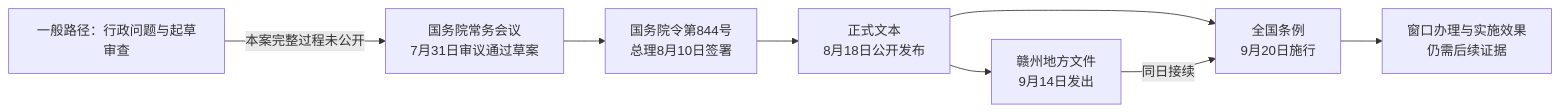
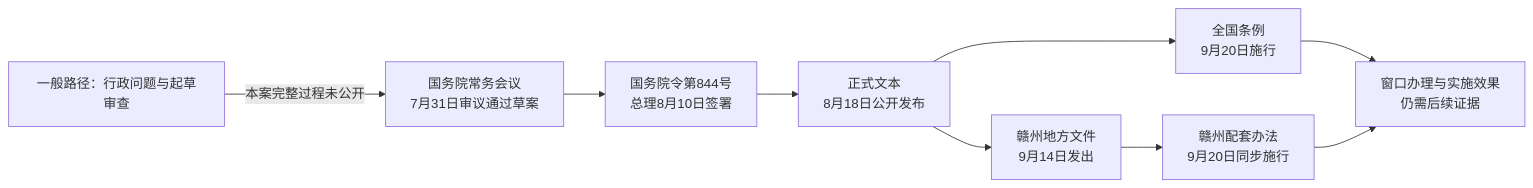
The diagram in 书稿/第05章-国务院怎样处理日常行政.md (S150101132/how-chinese-politics-works), drawn with Mermaid before and after one commit. The commit also changed 155 other files, not shown here.

````diff
--- a/书稿/第05章-国务院怎样处理日常行政.md
+++ b/书稿/第05章-国务院怎样处理日常行政.md
@@ -92,10 +92,11 @@
 ```mermaid
 flowchart LR
     A[一般路径：行政问题与起草审查] -->|本案完整过程未公开| B[国务院常务会议<br/>7月31日审议通过草案]
     B --> C[国务院令第844号<br/>总理8月10日签署]
     C --> D[正式文本<br/>8月18日公开发布]
     D --> E[赣州地方文件<br/>9月14日发出]
     D --> F[全国条例<br/>9月20日施行]
-    E -->|同日接续| F
+    E --> H[赣州配套办法<br/>9月20日同步施行]
     F --> G[窗口办理与实施效果<br/>仍需后续证据]
+    H --> G
 ```
````
